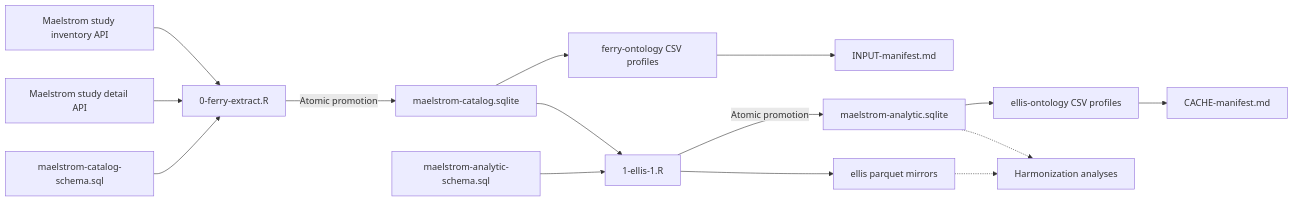
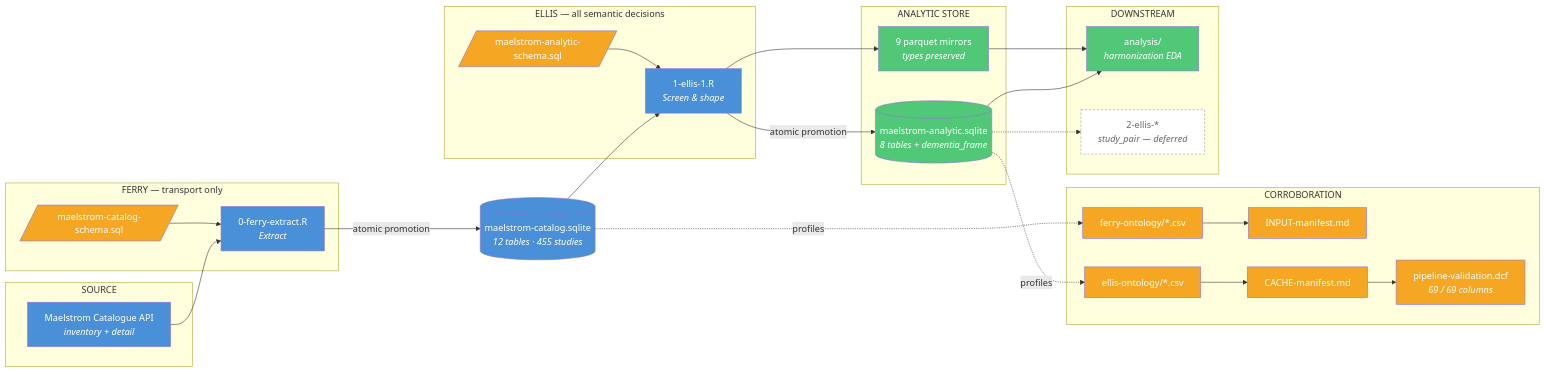
Before and after one commit to RG-FIDES/maelstrom: the diagram in manipulation/pipeline.md, drawn with Mermaid. The commit also changed other lines of this file and 4 other files, not shown here.

Commit message:
pipeline architecture diagram

````diff
--- a/manipulation/pipeline.md
+++ b/manipulation/pipeline.md
@@ -14,32 +20,63 @@
 ```mermaid
 flowchart LR
-    inventory[Maelstrom study inventory API]
-    details[Maelstrom study detail API]
-    ferry[0-ferry-extract.R]
-    ferrySchema[maelstrom-catalog-schema.sql]
-    cache[maelstrom-catalog.sqlite]
-    ferryOntology[ferry-ontology CSV profiles]
-    inputManifest[INPUT-manifest.md]
-    ellis[1-ellis-1.R]
-    ellisSchema[maelstrom-analytic-schema.sql]
-    analytic[maelstrom-analytic.sqlite]
-    parquet[ellis parquet mirrors]
-    ellisOntology[ellis-ontology CSV profiles]
-    cacheManifest[CACHE-manifest.md]
-    analysis[Harmonization analyses]
+    subgraph source["SOURCE"]
+        api["Maelstrom Catalogue API<br/><i>inventory + detail</i>"]
+    end
 
-    inventory --> ferry
-    details --> ferry
-    ferrySchema --> ferry
-    ferry -->|Atomic promotion| cache
-    cache --> ferryOntology
-    ferryOntology --> inputManifest
-    cache --> ellis
-    ellisSchema --> ellis
-    ellis -->|Atomic promotion| analytic
+    subgraph ferryLane["FERRY — transport only"]
+        ferrySchema[/"maelstrom-catalog-schema.sql"/]
+        ferry["0-ferry-extract.R<br/><i>Extract</i>"]
+        ferrySchema --> ferry
+    end
+
+    staging[("maelstrom-catalog.sqlite<br/><i>12 tables · 455 studies</i>")]
+
+    subgraph ellisLane["ELLIS — all semantic decisions"]
+        ellisSchema[/"maelstrom-analytic-schema.sql"/]
+        ellis["1-ellis-1.R<br/><i>Screen &amp; shape</i>"]
+        ellisSchema --> ellis
+    end
+
+    subgraph store["ANALYTIC STORE"]
+        analytic[("maelstrom-analytic.sqlite<br/><i>8 tables + dementia_frame</i>")]
+        parquet["9 parquet mirrors<br/><i>types preserved</i>"]
+    end
+
+    subgraph evidence["CORROBORATION"]
+        ferryOnt["ferry-ontology/*.csv"] --> inputMan["INPUT-manifest.md"]
+        ellisOnt["ellis-ontology/*.csv"] --> cacheMan["CACHE-manifest.md"]
+        cacheMan --> audit["pipeline-validation.dcf<br/><i>69 / 69 columns</i>"]
+    end
+
+    subgraph downstream["DOWNSTREAM"]
+        eda["analysis/<br/><i>harmonization EDA</i>"]
+        nextLane["2-ellis-*<br/><i>study_pair — deferred</i>"]
+    end
+
+    api --> ferry
+    ferry -->|atomic promotion| staging
+    staging --> ellis
+    ellis -->|atomic promotion| analytic
     ellis --> parquet
-    analytic --> ellisOntology
-    ellisOntology --> cacheManifest
-    parquet -.-> analysis
-    analytic -.-> analysis
+    staging -.->|profiles| ferryOnt
+    analytic -.->|profiles| ellisOnt
+    parquet --> eda
+    analytic --> eda
+    analytic -.-> nextLane
+
+    style api fill:#4a90d9,color:#fff
+    style ferry fill:#4a90d9,color:#fff
+    style ellis fill:#4a90d9,color:#fff
+    style staging fill:#4a90d9,color:#fff
+    style ferrySchema fill:#f5a623,color:#fff
+    style ellisSchema fill:#f5a623,color:#fff
+    style ferryOnt fill:#f5a623,color:#fff
+    style ellisOnt fill:#f5a623,color:#fff
+    style inputMan fill:#f5a623,color:#fff
+    style cacheMan fill:#f5a623,color:#fff
+    style audit fill:#f5a623,color:#fff
+    style analytic fill:#50c878,color:#fff
+    style parquet fill:#50c878,color:#fff
+    style eda fill:#50c878,color:#fff
+    style nextLane fill:#fff,color:#666,stroke:#999,stroke-dasharray: 4 3
 ```
````
